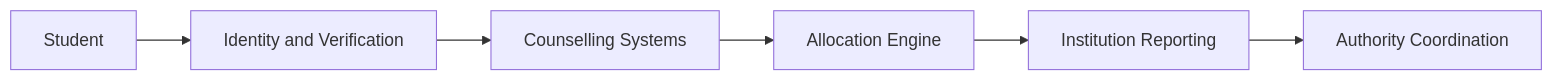
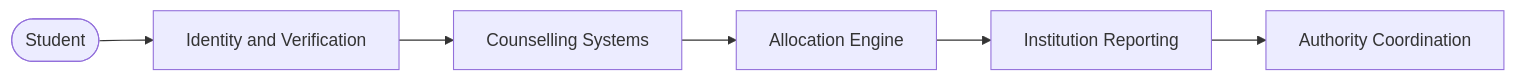
The diagram in foundation.mdx (aashrutsharma2/docs), drawn with Mermaid before and after one commit. The commit also changed other lines of this file, not shown here.

````diff
--- a/foundation.mdx
+++ b/foundation.mdx
@@ -48,8 +65,8 @@
 ```mermaid
 flowchart LR
-    A[Student] --> B[Identity and Verification]
+    A([Student]) --> B[Identity and Verification]
     B --> C[Counselling Systems]
     C --> D[Allocation Engine]
     D --> E[Institution Reporting]
     E --> F[Authority Coordination]
 ```
````
